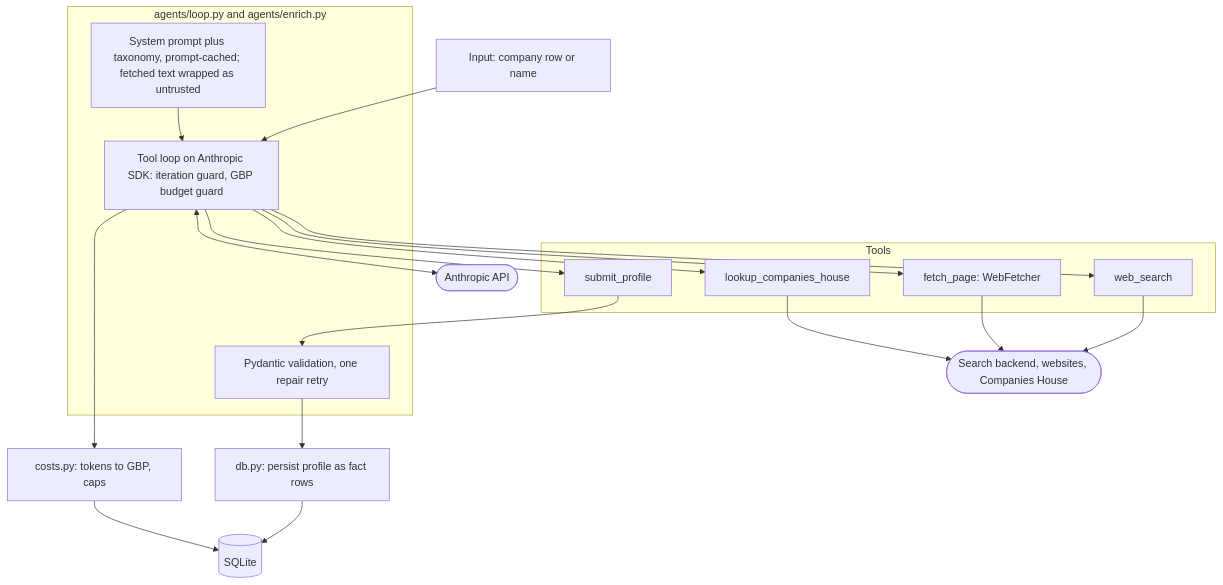
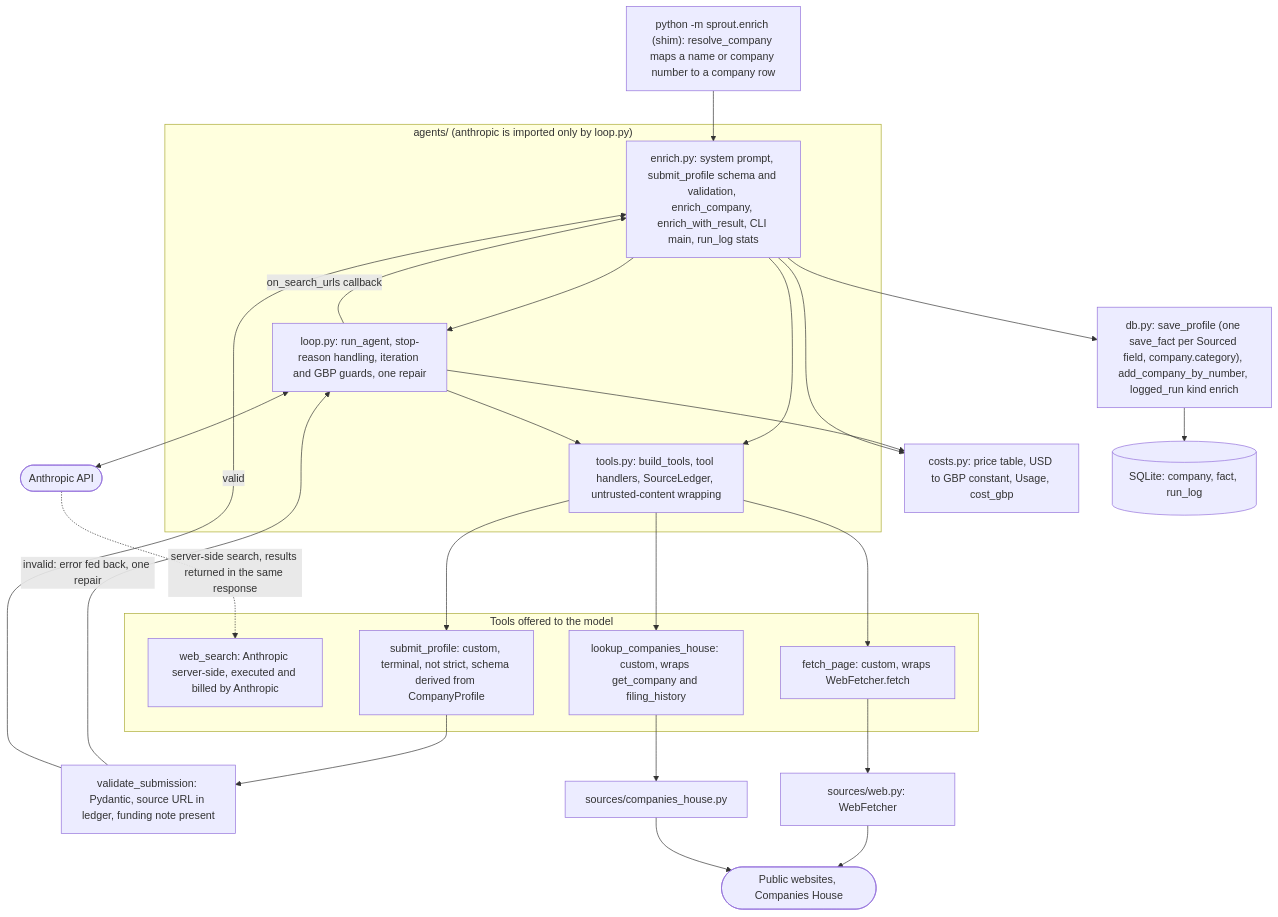
Before and after one commit to Farzaanee/sprout: the third of 12 diagrams in docs/architecture.md, drawn with Mermaid. The commit also changed other lines of this file and 17 other files, not shown here.

Commit message:
add phase 2: first agent - single company enrichment

````diff
--- a/docs/architecture.md
+++ b/docs/architecture.md
@@ -85,35 +86,44 @@
 ```mermaid
 flowchart TB
-    IN["Input: company row or name"]
-    subgraph AGENT["agents/loop.py and agents/enrich.py"]
-        LOOP["Tool loop on Anthropic SDK: iteration guard, GBP budget guard"]
-        SYS["System prompt plus taxonomy, prompt-cached; fetched text wrapped as untrusted"]
-        REPAIR["Pydantic validation, one repair retry"]
+    CLI["python -m sprout.enrich (shim): resolve_company maps a name or company number to a company row"]
+    subgraph AGENT["agents/ (anthropic is imported only by loop.py)"]
+        ENR["enrich.py: system prompt, submit_profile schema and validation, enrich_company, enrich_with_result, CLI main, run_log stats"]
+        LOOP["loop.py: run_agent, stop-reason handling, iteration and GBP guards, one repair"]
+        TOOLS["tools.py: build_tools, tool handlers, SourceLedger, untrusted-content wrapping"]
     end
-    subgraph TOOLS["Tools"]
-        T1["web_search"]
-        T2["fetch_page: WebFetcher"]
-        T3["lookup_companies_house"]
-        T4["submit_profile"]
+    subgraph TOOLSET["Tools offered to the model"]
+        T1["web_search: Anthropic server-side, executed and billed by Anthropic"]
+        T2["fetch_page: custom, wraps WebFetcher.fetch"]
+        T3["lookup_companies_house: custom, wraps get_company and filing_history"]
+        T4["submit_profile: custom, terminal, not strict, schema derived from CompanyProfile"]
     end
     LLM(["Anthropic API"])
-    COST["costs.py: tokens to GBP, caps"]
-    DBW["db.py: persist profile as fact rows"]
-    SQL[("SQLite")]
-    SRCX(["Search backend, websites, Companies House"])
-    IN --> LOOP
-    SYS --> LOOP
+    COST["costs.py: price table, USD to GBP constant, Usage, cost_gbp"]
+    CHECK["validate_submission: Pydantic, source URL in ledger, funding note present"]
+    DBW["db.py: save_profile (one save_fact per Sourced field, company.category), add_company_by_number, logged_run kind enrich"]
+    SQL[("SQLite: company, fact, run_log")]
+    WF["sources/web.py: WebFetcher"]
+    CHC["sources/companies_house.py"]
+    SRCX(["Public websites, Companies House"])
+    CLI --> ENR
+    ENR --> LOOP
+    ENR --> TOOLS
     LOOP <--> LLM
-    LOOP --> T1
-    LOOP --> T2
-    LOOP --> T3
-    LOOP --> T4
-    T1 --> SRCX
-    T2 --> SRCX
-    T3 --> SRCX
-    T4 --> REPAIR
-    REPAIR --> DBW
+    LOOP --> TOOLS
+    TOOLS --> T2
+    TOOLS --> T3
+    TOOLS --> T4
+    LLM -. "server-side search, results returned in the same response" .-> T1
+    T2 --> WF
+    T3 --> CHC
+    WF --> SRCX
+    CHC --> SRCX
+    T4 --> CHECK
+    CHECK -- "invalid: error fed back, one repair" --> LOOP
+    CHECK -- "valid" --> ENR
+    ENR --> DBW
     DBW --> SQL
     LOOP --> COST
-    COST --> SQL
+    ENR --> COST
+    LOOP -- "on_search_urls callback" --> ENR
 ```
````
